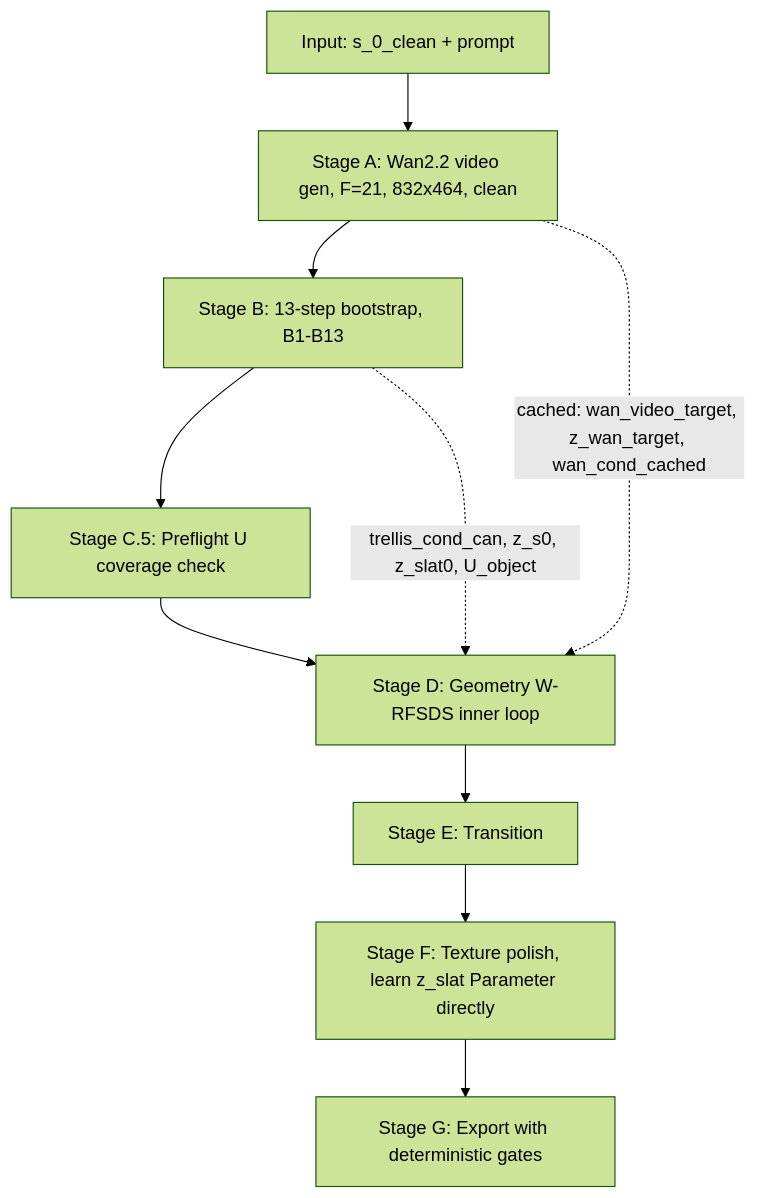
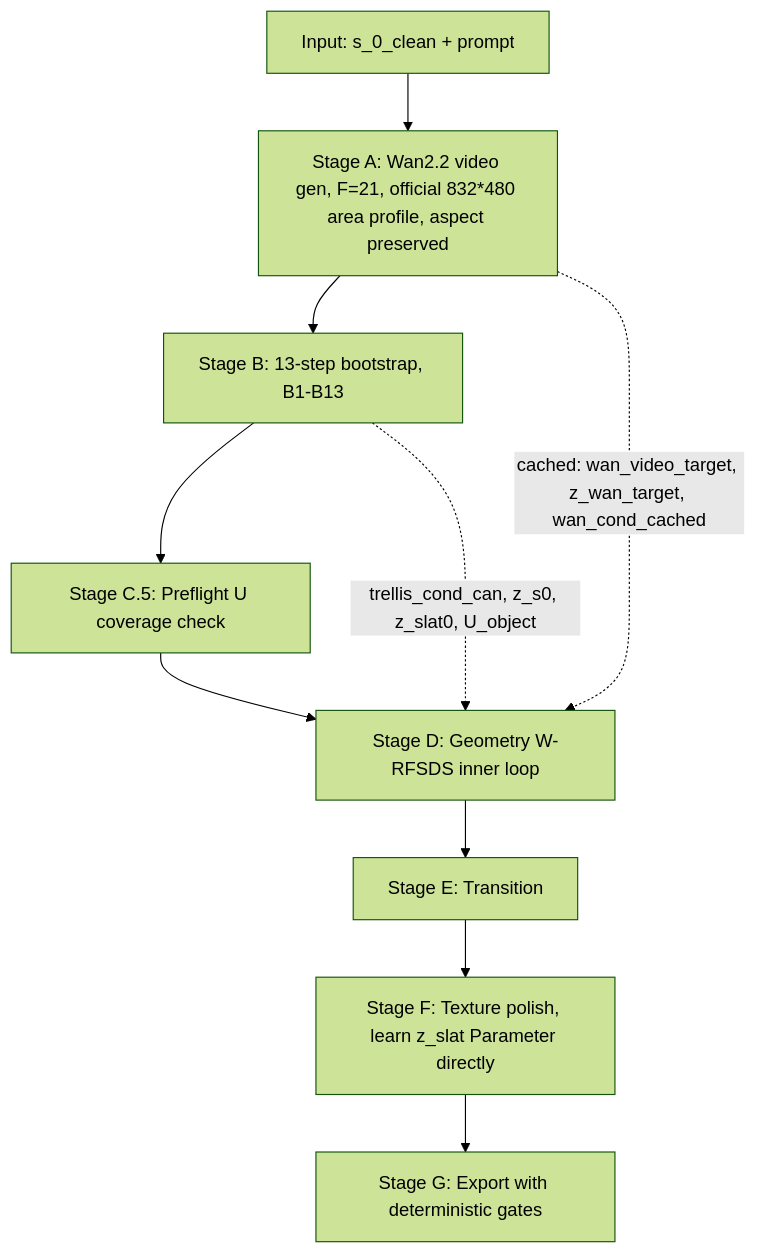
Before and after one commit to chengu-123/research: the diagram in record/pipeline.md, drawn with Mermaid (forest theme). The commit also changed other lines of this file and 11 other files, not shown here.

````diff
--- a/record/pipeline.md
+++ b/record/pipeline.md
@@ -76,13 +76,13 @@
 ```mermaid
 flowchart TD
-    A[Input: s_0_clean + prompt] --> B[Stage A: Wan2.2 video gen, F=21, 832x464, clean]
+    A[Input: s_0_clean + prompt] --> B[Stage A: Wan2.2 video gen, F=21, official 832*480 area profile, aspect preserved]
     B --> C[Stage B: 13-step bootstrap, B1-B13]
     C --> D[Stage C.5: Preflight U coverage check]
     D --> E[Stage D: Geometry W-RFSDS inner loop]
     E --> F[Stage E: Transition]
     F --> G[Stage F: Texture polish, learn z_slat Parameter directly]
     G --> H[Stage G: Export with deterministic gates]
     
     B -.cached: wan_video_target, z_wan_target, wan_cond_cached.-> E
     C -.trellis_cond_can, z_s0, z_slat0, U_object.-> E
 ```
````
